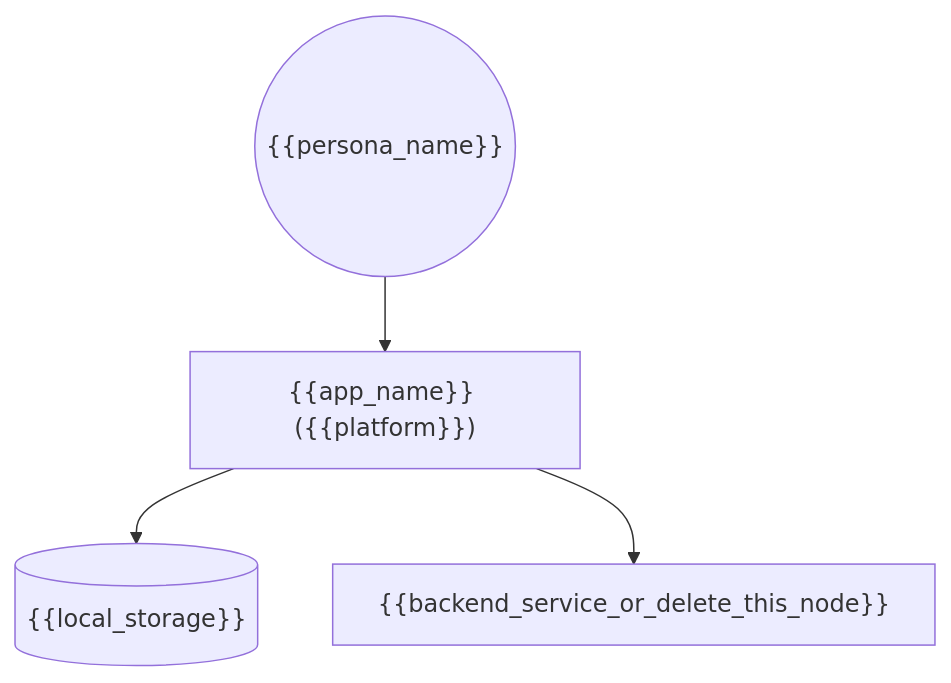
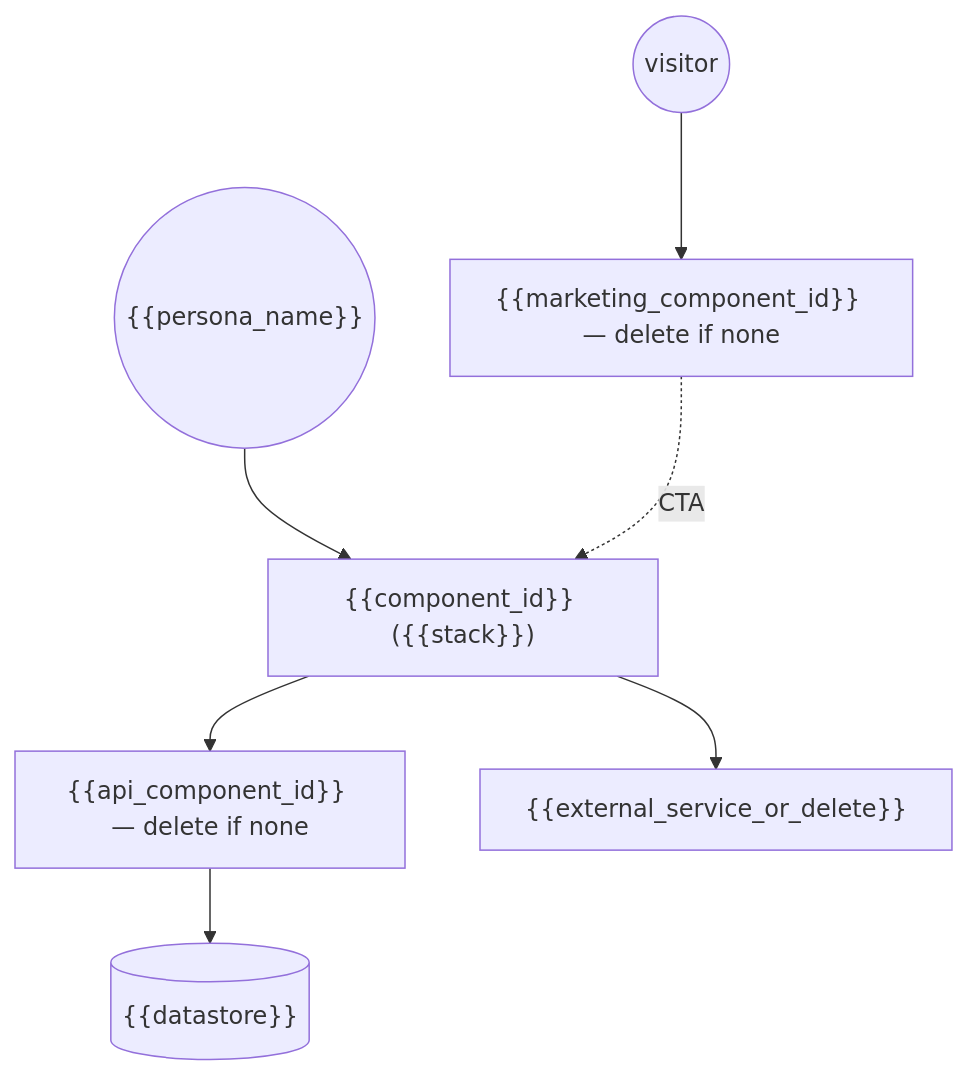
One commit to Tekdey/claude-app-factory changed the diagram in templates/docs/architecture.md. Above: the diagram before and after it, drawn with Mermaid. The commit also changed other lines of this file and 38 other files, not shown here.

First line of the commit message:
feat: multi-component projects — app + API + site in one repo

````diff
--- a/templates/docs/architecture.md
+++ b/templates/docs/architecture.md
@@ -16,6 +17,9 @@
 ```mermaid
 graph TD
-    User(("{{persona_name}}")) --> App["{{app_name}} ({{platform}})"]
-    App --> Store[("{{local_storage}}")]
-    App --> Backend["{{backend_service_or_delete_this_node}}"]
+    User(("{{persona_name}}")) --> App["{{component_id}} ({{stack}})"]
+    Visitor(("visitor")) --> Site["{{marketing_component_id}} — delete if none"]
+    Site -.->|CTA| App
+    App --> Api["{{api_component_id}} — delete if none"]
+    Api --> Store[("{{datastore}}")]
+    App --> Ext["{{external_service_or_delete}}"]
 ```
````
